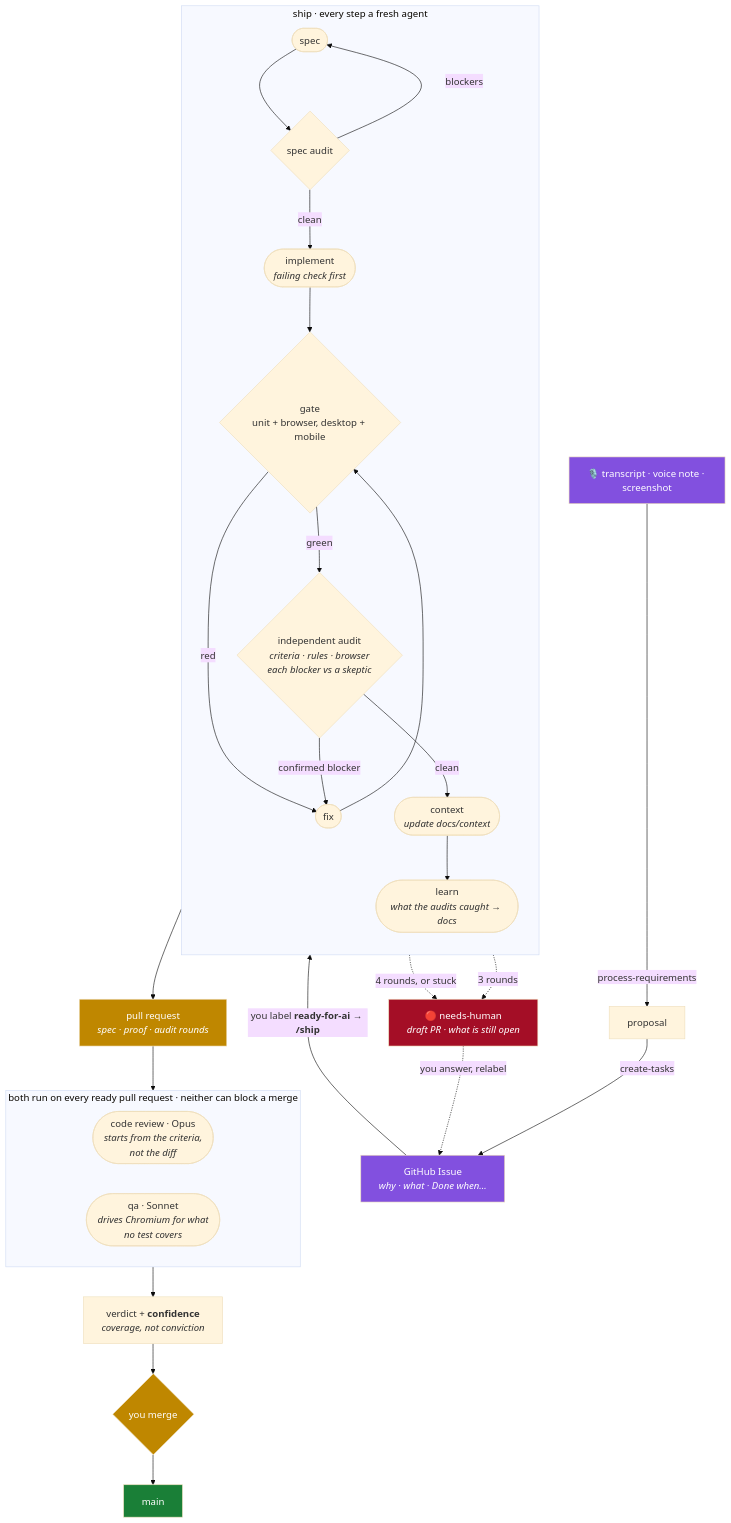
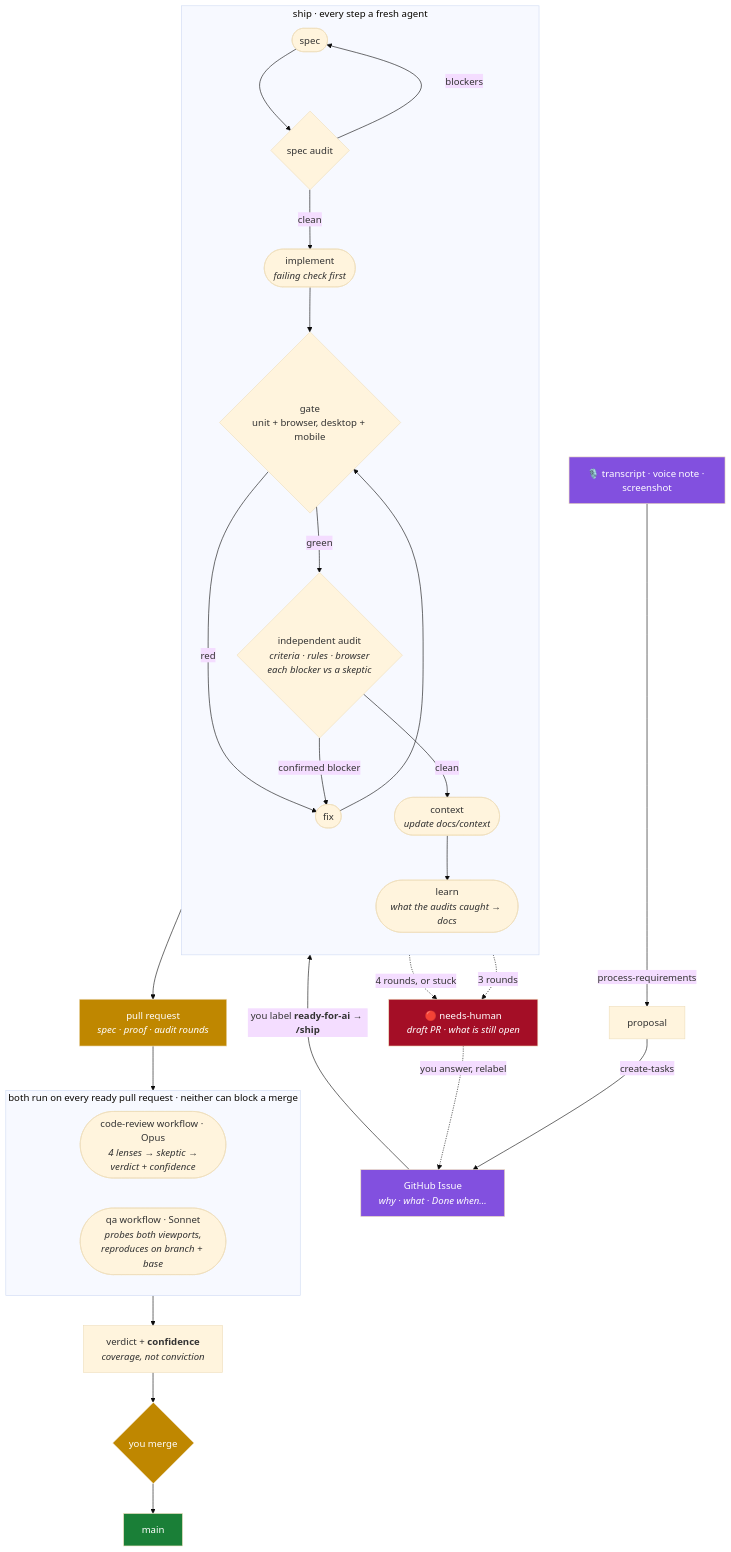
The first of 2 diagrams in README.md (EqualExperts/nam-2026-conference), drawn with Mermaid (base theme) before and after one commit. The commit also changed other lines of this file and 10 other files, not shown here.

First line of the commit message:
feat(harness): make code review and QA workflows, like ship

````diff
--- a/README.md
+++ b/README.md
@@ -33,51 +33,51 @@
 ```mermaid
 flowchart TB
     V["🎙️ transcript · voice note · screenshot"]
     P["proposal"]
     I["GitHub Issue<br/><i>why · what · Done when…</i>"]
     NH["🔴 needs-human<br/><i>draft PR · what is still open</i>"]
     PR["pull request<br/><i>spec · proof · audit rounds</i>"]
     V2["verdict + <b>confidence</b><br/><i>coverage, not conviction</i>"]
     H{"you merge"}
     M["main"]
 
     V -->|process-requirements| P
     P -->|create-tasks| I
     I -->|"you label <b>ready-for-ai</b> → <b>/ship</b>"| SP
 
     subgraph ship["ship · every step a fresh agent"]
         direction TB
         SP(["spec"]) --> SA{"spec audit"}
         SA -->|blockers| SP
         SA -->|clean| IM(["implement<br/><i>failing check first</i>"])
         IM --> VF{"gate<br/>unit + browser, desktop + mobile"}
         VF -->|green| CA{"independent audit<br/><i>criteria · rules · browser<br/>each blocker vs a skeptic</i>"}
         VF -->|red| FX(["fix"])
         CA -->|confirmed blocker| FX
         FX --> VF
         CA -->|clean| CX(["context<br/><i>update docs/context</i>"])
         CX --> LN(["learn<br/><i>what the audits caught → docs</i>"])
     end
 
     SA -.->|3 rounds| NH
     FX -.->|"4 rounds, or stuck"| NH
     NH -.->|you answer, relabel| I
     LN --> PR
     PR --> gates
     gates --> V2
     V2 --> H
     H --> M
 
     subgraph gates["both run on every ready pull request · neither can block a merge"]
         direction LR
-        CR(["code review · Opus<br/><i>starts from the criteria,<br/>not the diff</i>"])
-        QA(["qa · Sonnet<br/><i>drives Chromium for what<br/>no test covers</i>"])
+        CR(["code-review workflow · Opus<br/><i>4 lenses → skeptic →<br/>verdict + confidence</i>"])
+        QA(["qa workflow · Sonnet<br/><i>probes both viewports,<br/>reproduces on branch + base</i>"])
     end
 
     style V fill:#8250DF,color:#fff
     style I fill:#8250DF,color:#fff
     style NH fill:#A40E26,color:#fff
     style PR fill:#BF8700,color:#fff
     style H fill:#BF8700,color:#fff
     style M fill:#1A7F37,color:#fff
 ```
````
